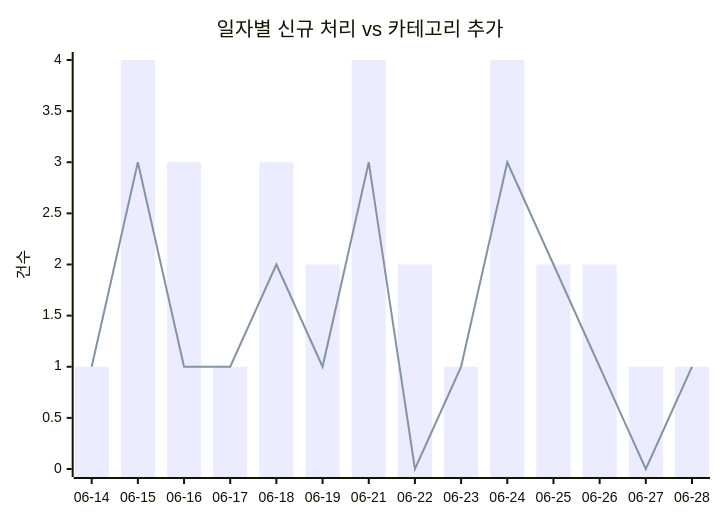
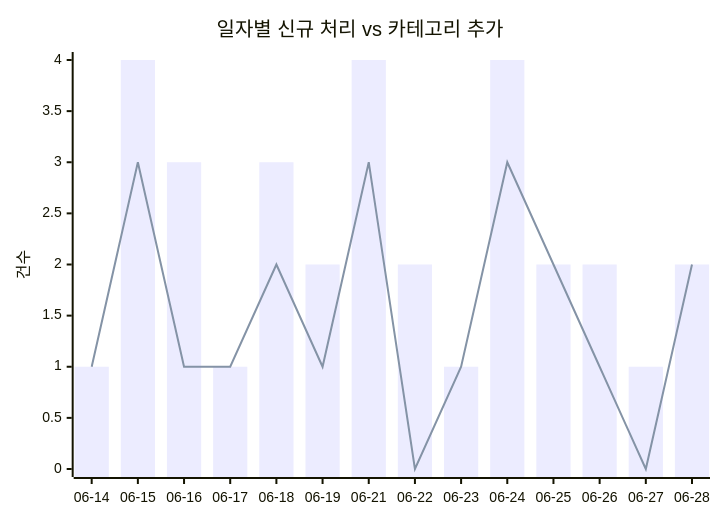
Before and after one commit to J-nowcow/awesome-korean-agent-skills: the first of 2 diagrams in docs/trends.md, drawn with Mermaid. The commit also changed other lines of this file and 4 other files, not shown here.

````diff
--- a/docs/trends.md
+++ b/docs/trends.md
@@ -32,8 +32,8 @@
 ```mermaid
 xychart-beta
     title "일자별 신규 처리 vs 카테고리 추가"
     x-axis ["06-14","06-15","06-16","06-17","06-18","06-19","06-21","06-22","06-23","06-24","06-25","06-26","06-27","06-28"]
     y-axis "건수"
-    bar [1,4,3,1,3,2,4,2,1,4,2,2,1,1]
-    line [1,3,1,1,2,1,3,0,1,3,2,1,0,1]
+    bar [1,4,3,1,3,2,4,2,1,4,2,2,1,2]
+    line [1,3,1,1,2,1,3,0,1,3,2,1,0,2]
 ```
````
